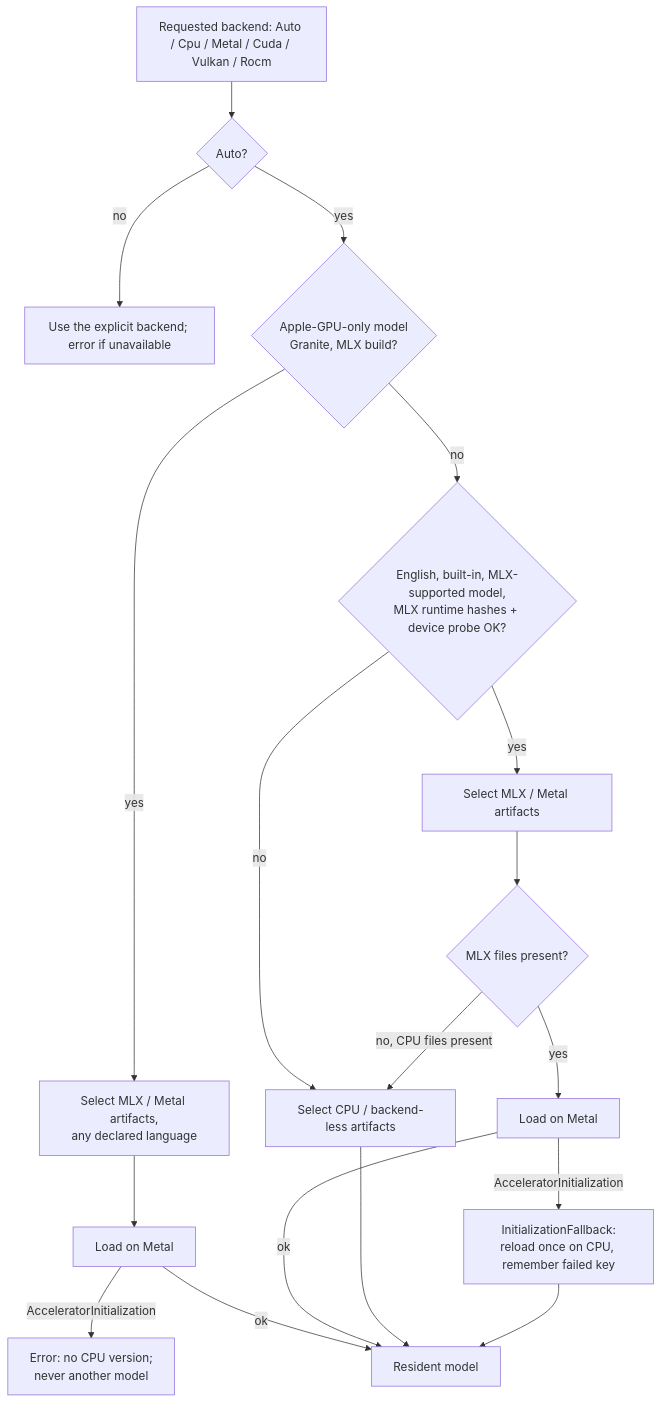
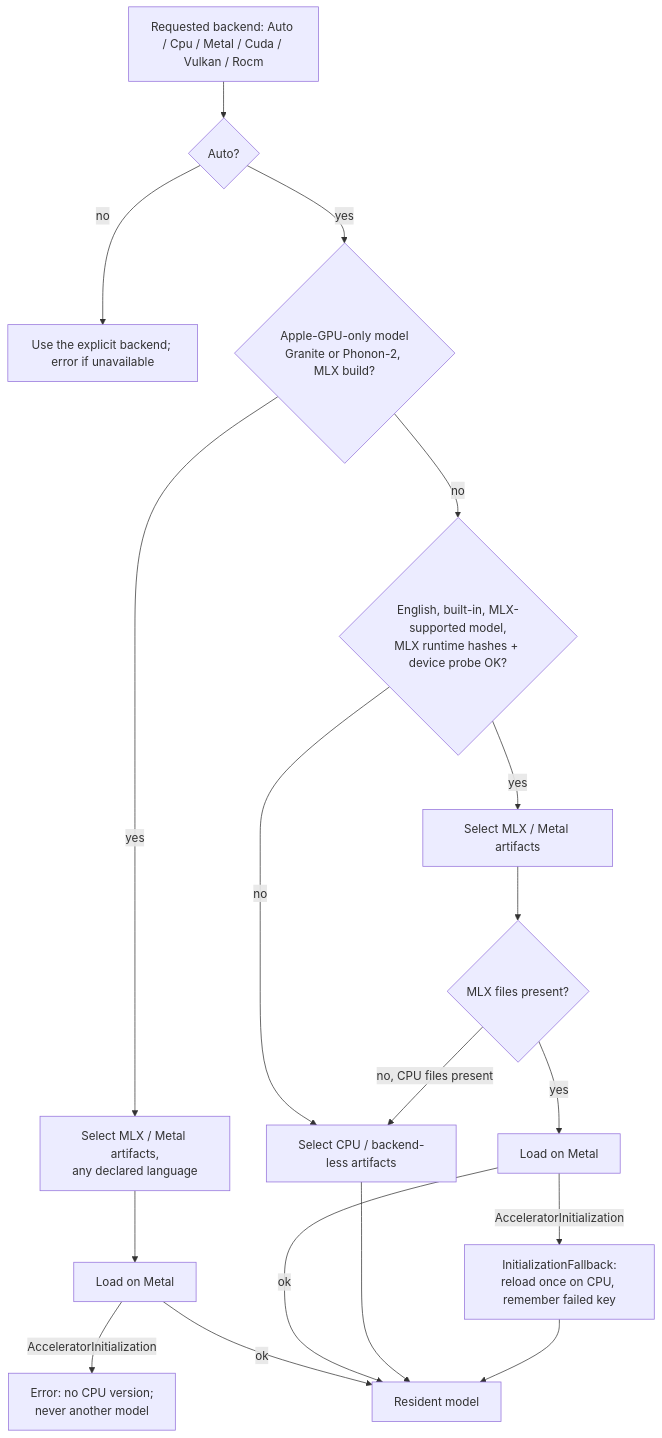
Before and after one commit to rahulsharmavishwakarma/vesper: the fifth of 11 diagrams in docs/inference-architecture.md, drawn with Mermaid. The commit also changed other lines of this file and 8 other files, not shown here.

````diff
--- a/docs/inference-architecture.md
+++ b/docs/inference-architecture.md
@@ -241,21 +244,21 @@
 ```mermaid
 flowchart TB
   req[Requested backend: Auto / Cpu / Metal / Cuda / Vulkan / Rocm]
   req --> auto{Auto?}
   auto -->|no| exact[Use the explicit backend; error if unavailable]
-  auto -->|yes| gpuonly{Apple-GPU-only model<br/>Granite, MLX build?}
+  auto -->|yes| gpuonly{Apple-GPU-only model<br/>Granite or Phonon-2, MLX build?}
   gpuonly -->|yes| gpusel[Select MLX / Metal artifacts,<br/>any declared language]
   gpusel --> gload[Load on Metal]
   gload -->|AcceleratorInitialization| gerr[Error: no CPU version;<br/>never another model]
   gload -->|ok| run
   gpuonly -->|no| mlxq{English, built-in, MLX-supported model,<br/>MLX runtime hashes + device probe OK?}
   mlxq -->|yes| mlxsel[Select MLX / Metal artifacts]
   mlxq -->|no| cpu[Select CPU / backend-less artifacts]
   mlxsel --> files{MLX files present?}
   files -->|no, CPU files present| cpu
   files -->|yes| load[Load on Metal]
   load -->|AcceleratorInitialization| fallback[InitializationFallback:<br/>reload once on CPU, remember failed key]
   load -->|ok| run[Resident model]
   cpu --> run
   fallback --> run
 ```
````
